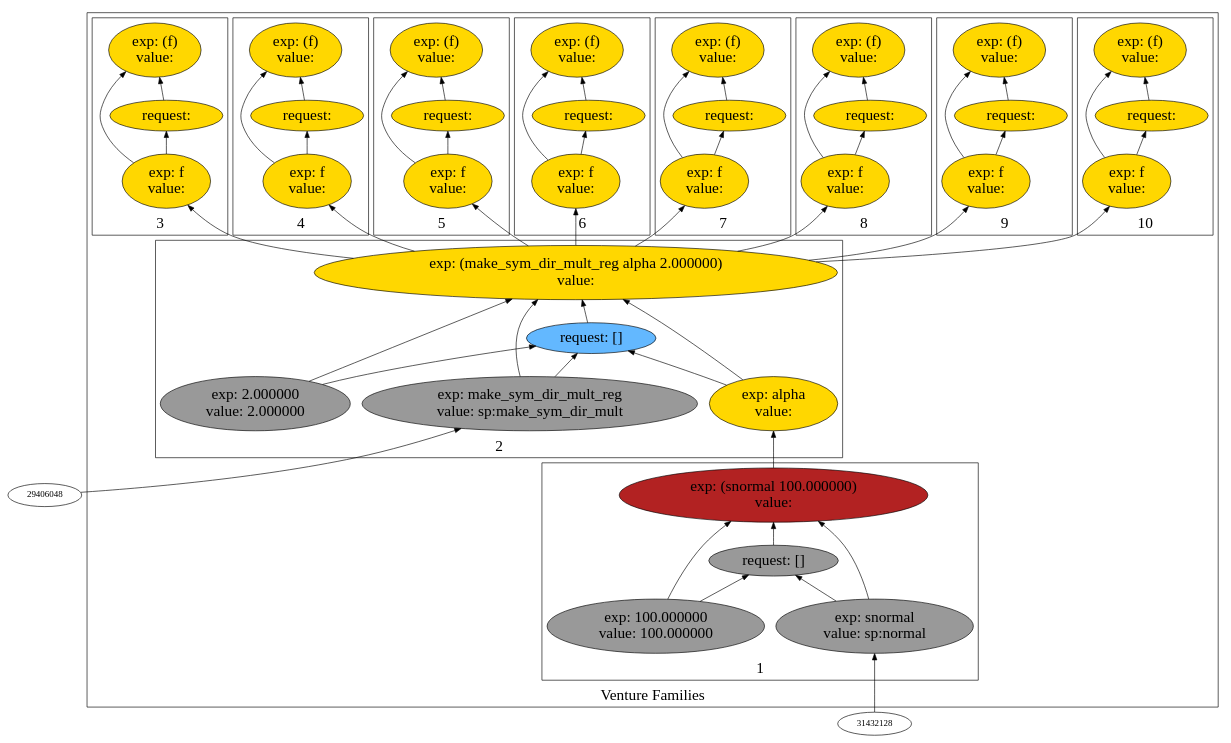
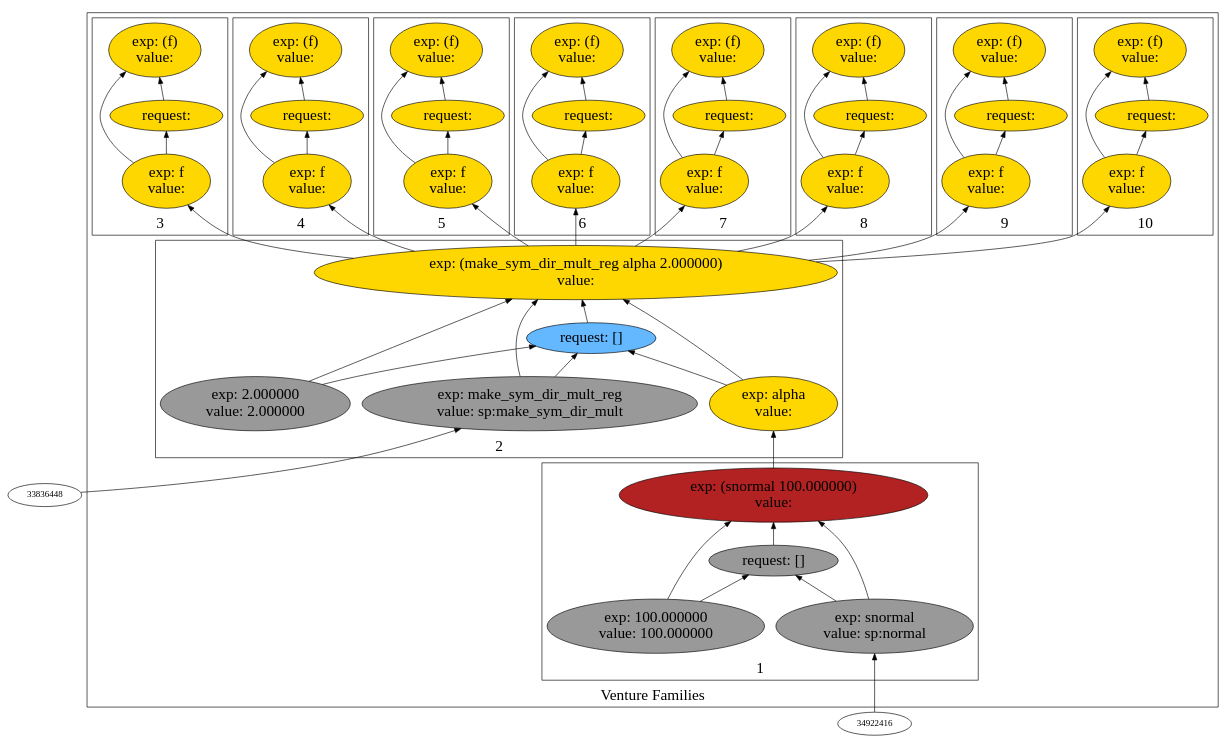
The diagram in backend/cxx/pdf_graphs/aaa_basic_no_aaa/dot7.dot (probcomp/Venturecxx), drawn with Graphviz before and after one commit. The commit also changed 318 other files, not shown here.

```diff
--- a/backend/cxx/pdf_graphs/aaa_basic_no_aaa/dot7.dot
+++ b/backend/cxx/pdf_graphs/aaa_basic_no_aaa/dot7.dot
@@ -5,125 +5,125 @@
 label="Venture Families"
 subgraph cluster2 {
 label="1"
-"26358576"["fillcolor"="firebrick" "fontsize"="24" "label"="exp: (snormal 100.000000)\nvalue: " "shape"="ellipse" "style"="filled" ]
-"26820352"["fillcolor"="grey60" "fontsize"="24" "label"="request: []" "shape"="ellipse" "style"="filled" ]
-"25906208"["fillcolor"="grey60" "fontsize"="24" "label"="exp: snormal\nvalue: sp:normal" "shape"="ellipse" "style"="filled" ]
-"26343136"["fillcolor"="grey60" "fontsize"="24" "label"="exp: 100.000000\nvalue: 100.000000" "shape"="ellipse" "style"="filled" ]
+"32454352"["fillcolor"="firebrick" "fontsize"="24" "label"="exp: (snormal 100.000000)\nvalue: " "shape"="ellipse" "style"="filled" ]
+"38268464"["fillcolor"="grey60" "fontsize"="24" "label"="request: []" "shape"="ellipse" "style"="filled" ]
+"32794384"["fillcolor"="grey60" "fontsize"="24" "label"="exp: snormal\nvalue: sp:normal" "shape"="ellipse" "style"="filled" ]
+"31227776"["fillcolor"="grey60" "fontsize"="24" "label"="exp: 100.000000\nvalue: 100.000000" "shape"="ellipse" "style"="filled" ]
 }
 
 subgraph cluster3 {
 label="2"
-"26832768"["fillcolor"="gold" "fontsize"="24" "label"="exp: (make_sym_dir_mult_reg alpha 2.000000)\nvalue: " "shape"="ellipse" "style"="filled" ]
-"28401456"["fillcolor"="steelblue1" "fontsize"="24" "label"="request: []" "shape"="ellipse" "style"="filled" ]
-"31366272"["fillcolor"="grey60" "fontsize"="24" "label"="exp: make_sym_dir_mult_reg\nvalue: sp:make_sym_dir_mult" "shape"="ellipse" "style"="filled" ]
-"31197024"["fillcolor"="gold" "fontsize"="24" "label"="exp: alpha\nvalue: " "shape"="ellipse" "style"="filled" ]
-"32104320"["fillcolor"="grey60" "fontsize"="24" "label"="exp: 2.000000\nvalue: 2.000000" "shape"="ellipse" "style"="filled" ]
+"32504208"["fillcolor"="gold" "fontsize"="24" "label"="exp: (make_sym_dir_mult_reg alpha 2.000000)\nvalue: " "shape"="ellipse" "style"="filled" ]
+"31215360"["fillcolor"="steelblue1" "fontsize"="24" "label"="request: []" "shape"="ellipse" "style"="filled" ]
+"32334688"["fillcolor"="grey60" "fontsize"="24" "label"="exp: make_sym_dir_mult_reg\nvalue: sp:make_sym_dir_mult" "shape"="ellipse" "style"="filled" ]
+"36008416"["fillcolor"="gold" "fontsize"="24" "label"="exp: alpha\nvalue: " "shape"="ellipse" "style"="filled" ]
+"37497584"["fillcolor"="grey60" "fontsize"="24" "label"="exp: 2.000000\nvalue: 2.000000" "shape"="ellipse" "style"="filled" ]
 }
 
 subgraph cluster4 {
 label="3"
-"33146560"["fillcolor"="gold" "fontsize"="24" "label"="exp: (f)\nvalue: " "shape"="ellipse" "style"="filled" ]
-"33121808"["fillcolor"="gold" "fontsize"="24" "label"="request: " "shape"="ellipse" "style"="filled" ]
-"26573984"["fillcolor"="gold" "fontsize"="24" "label"="exp: f\nvalue: " "shape"="ellipse" "style"="filled" ]
+"37516064"["fillcolor"="gold" "fontsize"="24" "label"="exp: (f)\nvalue: " "shape"="ellipse" "style"="filled" ]
+"35758960"["fillcolor"="gold" "fontsize"="24" "label"="request: " "shape"="ellipse" "style"="filled" ]
+"37540816"["fillcolor"="gold" "fontsize"="24" "label"="exp: f\nvalue: " "shape"="ellipse" "style"="filled" ]
 }
 
 subgraph cluster5 {
 label="4"
-"26546816"["fillcolor"="gold" "fontsize"="24" "label"="exp: (f)\nvalue: " "shape"="ellipse" "style"="filled" ]
-"26371472"["fillcolor"="gold" "fontsize"="24" "label"="request: " "shape"="ellipse" "style"="filled" ]
-"23848704"["fillcolor"="gold" "fontsize"="24" "label"="exp: f\nvalue: " "shape"="ellipse" "style"="filled" ]
+"30941824"["fillcolor"="gold" "fontsize"="24" "label"="exp: (f)\nvalue: " "shape"="ellipse" "style"="filled" ]
+"30738144"["fillcolor"="gold" "fontsize"="24" "label"="request: " "shape"="ellipse" "style"="filled" ]
+"30753584"["fillcolor"="gold" "fontsize"="24" "label"="exp: f\nvalue: " "shape"="ellipse" "style"="filled" ]
 }
 
 subgraph cluster6 {
 label="5"
-"32607728"["fillcolor"="gold" "fontsize"="24" "label"="exp: (f)\nvalue: " "shape"="ellipse" "style"="filled" ]
-"31430560"["fillcolor"="gold" "fontsize"="24" "label"="request: " "shape"="ellipse" "style"="filled" ]
-"33201408"["fillcolor"="gold" "fontsize"="24" "label"="exp: f\nvalue: " "shape"="ellipse" "style"="filled" ]
+"37920000"["fillcolor"="gold" "fontsize"="24" "label"="exp: (f)\nvalue: " "shape"="ellipse" "style"="filled" ]
+"30301216"["fillcolor"="gold" "fontsize"="24" "label"="request: " "shape"="ellipse" "style"="filled" ]
+"36497792"["fillcolor"="gold" "fontsize"="24" "label"="exp: f\nvalue: " "shape"="ellipse" "style"="filled" ]
 }
 
 subgraph cluster7 {
 label="6"
-"33286304"["fillcolor"="gold" "fontsize"="24" "label"="exp: (f)\nvalue: " "shape"="ellipse" "style"="filled" ]
-"33251344"["fillcolor"="gold" "fontsize"="24" "label"="request: " "shape"="ellipse" "style"="filled" ]
-"33388464"["fillcolor"="gold" "fontsize"="24" "label"="exp: f\nvalue: " "shape"="ellipse" "style"="filled" ]
+"37767040"["fillcolor"="gold" "fontsize"="24" "label"="exp: (f)\nvalue: " "shape"="ellipse" "style"="filled" ]
+"36332688"["fillcolor"="gold" "fontsize"="24" "label"="request: " "shape"="ellipse" "style"="filled" ]
+"36924752"["fillcolor"="gold" "fontsize"="24" "label"="exp: f\nvalue: " "shape"="ellipse" "style"="filled" ]
 }
 
 subgraph cluster8 {
 label="7"
-"31707056"["fillcolor"="gold" "fontsize"="24" "label"="exp: (f)\nvalue: " "shape"="ellipse" "style"="filled" ]
-"34057888"["fillcolor"="gold" "fontsize"="24" "label"="request: " "shape"="ellipse" "style"="filled" ]
-"31867168"["fillcolor"="gold" "fontsize"="24" "label"="exp: f\nvalue: " "shape"="ellipse" "style"="filled" ]
+"37113312"["fillcolor"="gold" "fontsize"="24" "label"="exp: (f)\nvalue: " "shape"="ellipse" "style"="filled" ]
+"37014240"["fillcolor"="gold" "fontsize"="24" "label"="request: " "shape"="ellipse" "style"="filled" ]
+"37373264"["fillcolor"="gold" "fontsize"="24" "label"="exp: f\nvalue: " "shape"="ellipse" "style"="filled" ]
 }
 
 subgraph cluster9 {
 label="8"
-"31714368"["fillcolor"="gold" "fontsize"="24" "label"="exp: (f)\nvalue: " "shape"="ellipse" "style"="filled" ]
-"32406512"["fillcolor"="gold" "fontsize"="24" "label"="request: " "shape"="ellipse" "style"="filled" ]
-"32831984"["fillcolor"="gold" "fontsize"="24" "label"="exp: f\nvalue: " "shape"="ellipse" "style"="filled" ]
+"38451280"["fillcolor"="gold" "fontsize"="24" "label"="exp: (f)\nvalue: " "shape"="ellipse" "style"="filled" ]
+"38352016"["fillcolor"="gold" "fontsize"="24" "label"="request: " "shape"="ellipse" "style"="filled" ]
+"38500912"["fillcolor"="gold" "fontsize"="24" "label"="exp: f\nvalue: " "shape"="ellipse" "style"="filled" ]
 }
 
 subgraph cluster10 {
 label="9"
-"31195328"["fillcolor"="gold" "fontsize"="24" "label"="exp: (f)\nvalue: " "shape"="ellipse" "style"="filled" ]
-"32830880"["fillcolor"="gold" "fontsize"="24" "label"="request: " "shape"="ellipse" "style"="filled" ]
-"30667776"["fillcolor"="gold" "fontsize"="24" "label"="exp: f\nvalue: " "shape"="ellipse" "style"="filled" ]
+"36842224"["fillcolor"="gold" "fontsize"="24" "label"="exp: (f)\nvalue: " "shape"="ellipse" "style"="filled" ]
+"36914640"["fillcolor"="gold" "fontsize"="24" "label"="request: " "shape"="ellipse" "style"="filled" ]
+"36841120"["fillcolor"="gold" "fontsize"="24" "label"="exp: f\nvalue: " "shape"="ellipse" "style"="filled" ]
 }
 
 subgraph cluster11 {
 label="10"
-"30811856"["fillcolor"="gold" "fontsize"="24" "label"="exp: (f)\nvalue: " "shape"="ellipse" "style"="filled" ]
-"33073952"["fillcolor"="gold" "fontsize"="24" "label"="request: " "shape"="ellipse" "style"="filled" ]
-"30751904"["fillcolor"="gold" "fontsize"="24" "label"="exp: f\nvalue: " "shape"="ellipse" "style"="filled" ]
+"35588016"["fillcolor"="gold" "fontsize"="24" "label"="exp: (f)\nvalue: " "shape"="ellipse" "style"="filled" ]
+"36357600"["fillcolor"="gold" "fontsize"="24" "label"="request: " "shape"="ellipse" "style"="filled" ]
+"35903296"["fillcolor"="gold" "fontsize"="24" "label"="exp: f\nvalue: " "shape"="ellipse" "style"="filled" ]
 }
 
 }
 
-"25906208" -> "26358576"["arrowhead"="normal" "color"="black" "constraint"="true" "style"="solid" ]
-"25906208" -> "26820352"["arrowhead"="normal" "color"="black" "constraint"="true" "style"="solid" ]
-"31432128" -> "25906208"["arrowhead"="normal" "color"="black" "constraint"="true" "style"="solid" ]
-"26343136" -> "26358576"["arrowhead"="normal" "color"="black" "constraint"="true" "style"="solid" ]
-"26343136" -> "26820352"["arrowhead"="normal" "color"="black" "constraint"="true" "style"="solid" ]
-"26820352" -> "26358576"["arrowhead"="normal" "color"="black" "constraint"="true" "style"="solid" ]
-"23848704" -> "26546816"["arrowhead"="normal" "color"="black" "constraint"="true" "style"="solid" ]
-"23848704" -> "26371472"["arrowhead"="normal" "color"="black" "constraint"="true" "style"="solid" ]
-"26832768" -> "23848704"["arrowhead"="normal" "color"="black" "constraint"="true" "style"="solid" ]
-"26371472" -> "26546816"["arrowhead"="normal" "color"="black" "constraint"="true" "style"="solid" ]
-"31366272" -> "26832768"["arrowhead"="normal" "color"="black" "constraint"="true" "style"="solid" ]
-"31366272" -> "28401456"["arrowhead"="normal" "color"="black" "constraint"="true" "style"="solid" ]
-"29406048" -> "31366272"["arrowhead"="normal" "color"="black" "constraint"="true" "style"="solid" ]
-"31197024" -> "26832768"["arrowhead"="normal" "color"="black" "constraint"="true" "style"="solid" ]
-"31197024" -> "28401456"["arrowhead"="normal" "color"="black" "constraint"="true" "style"="solid" ]
-"26358576" -> "31197024"["arrowhead"="normal" "color"="black" "constraint"="true" "style"="solid" ]
-"32104320" -> "26832768"["arrowhead"="normal" "color"="black" "constraint"="true" "style"="solid" ]
-"32104320" -> "28401456"["arrowhead"="normal" "color"="black" "constraint"="true" "style"="solid" ]
-"28401456" -> "26832768"["arrowhead"="normal" "color"="black" "constraint"="true" "style"="solid" ]
-"30751904" -> "30811856"["arrowhead"="normal" "color"="black" "constraint"="true" "style"="solid" ]
-"30751904" -> "33073952"["arrowhead"="normal" "color"="black" "constraint"="true" "style"="solid" ]
-"26832768" -> "30751904"["arrowhead"="normal" "color"="black" "constraint"="true" "style"="solid" ]
-"33073952" -> "30811856"["arrowhead"="normal" "color"="black" "constraint"="true" "style"="solid" ]
-"30667776" -> "31195328"["arrowhead"="normal" "color"="black" "constraint"="true" "style"="solid" ]
-"30667776" -> "32830880"["arrowhead"="normal" "color"="black" "constraint"="true" "style"="solid" ]
-"26832768" -> "30667776"["arrowhead"="normal" "color"="black" "constraint"="true" "style"="solid" ]
-"32830880" -> "31195328"["arrowhead"="normal" "color"="black" "constraint"="true" "style"="solid" ]
-"31867168" -> "31707056"["arrowhead"="normal" "color"="black" "constraint"="true" "style"="solid" ]
-"31867168" -> "34057888"["arrowhead"="normal" "color"="black" "constraint"="true" "style"="solid" ]
-"26832768" -> "31867168"["arrowhead"="normal" "color"="black" "constraint"="true" "style"="solid" ]
-"34057888" -> "31707056"["arrowhead"="normal" "color"="black" "constraint"="true" "style"="solid" ]
-"32831984" -> "31714368"["arrowhead"="normal" "color"="black" "constraint"="true" "style"="solid" ]
-"32831984" -> "32406512"["arrowhead"="normal" "color"="black" "constraint"="true" "style"="solid" ]
-"26832768" -> "32831984"["arrowhead"="normal" "color"="black" "constraint"="true" "style"="solid" ]
-"32406512" -> "31714368"["arrowhead"="normal" "color"="black" "constraint"="true" "style"="solid" ]
-"33201408" -> "32607728"["arrowhead"="normal" "color"="black" "constraint"="true" "style"="solid" ]
-"33201408" -> "31430560"["arrowhead"="normal" "color"="black" "constraint"="true" "style"="solid" ]
-"26832768" -> "33201408"["arrowhead"="normal" "color"="black" "constraint"="true" "style"="solid" ]
-"31430560" -> "32607728"["arrowhead"="normal" "color"="black" "constraint"="true" "style"="solid" ]
-"26573984" -> "33146560"["arrowhead"="normal" "color"="black" "constraint"="true" "style"="solid" ]
-"26573984" -> "33121808"["arrowhead"="normal" "color"="black" "constraint"="true" "style"="solid" ]
-"26832768" -> "26573984"["arrowhead"="normal" "color"="black" "constraint"="true" "style"="solid" ]
-"33121808" -> "33146560"["arrowhead"="normal" "color"="black" "constraint"="true" "style"="solid" ]
-"33388464" -> "33286304"["arrowhead"="normal" "color"="black" "constraint"="true" "style"="solid" ]
-"33388464" -> "33251344"["arrowhead"="normal" "color"="black" "constraint"="true" "style"="solid" ]
-"26832768" -> "33388464"["arrowhead"="normal" "color"="black" "constraint"="true" "style"="solid" ]
-"33251344" -> "33286304"["arrowhead"="normal" "color"="black" "constraint"="true" "style"="solid" ]
+"30753584" -> "30941824"["arrowhead"="normal" "color"="black" "constraint"="true" "style"="solid" ]
+"30753584" -> "30738144"["arrowhead"="normal" "color"="black" "constraint"="true" "style"="solid" ]
+"32504208" -> "30753584"["arrowhead"="normal" "color"="black" "constraint"="true" "style"="solid" ]
+"30738144" -> "30941824"["arrowhead"="normal" "color"="black" "constraint"="true" "style"="solid" ]
+"32794384" -> "32454352"["arrowhead"="normal" "color"="black" "constraint"="true" "style"="solid" ]
+"32794384" -> "38268464"["arrowhead"="normal" "color"="black" "constraint"="true" "style"="solid" ]
+"34922416" -> "32794384"["arrowhead"="normal" "color"="black" "constraint"="true" "style"="solid" ]
+"31227776" -> "32454352"["arrowhead"="normal" "color"="black" "constraint"="true" "style"="solid" ]
+"31227776" -> "38268464"["arrowhead"="normal" "color"="black" "constraint"="true" "style"="solid" ]
+"38268464" -> "32454352"["arrowhead"="normal" "color"="black" "constraint"="true" "style"="solid" ]
+"32334688" -> "32504208"["arrowhead"="normal" "color"="black" "constraint"="true" "style"="solid" ]
+"32334688" -> "31215360"["arrowhead"="normal" "color"="black" "constraint"="true" "style"="solid" ]
+"33836448" -> "32334688"["arrowhead"="normal" "color"="black" "constraint"="true" "style"="solid" ]
+"36008416" -> "32504208"["arrowhead"="normal" "color"="black" "constraint"="true" "style"="solid" ]
+"36008416" -> "31215360"["arrowhead"="normal" "color"="black" "constraint"="true" "style"="solid" ]
+"32454352" -> "36008416"["arrowhead"="normal" "color"="black" "constraint"="true" "style"="solid" ]
+"37497584" -> "32504208"["arrowhead"="normal" "color"="black" "constraint"="true" "style"="solid" ]
+"37497584" -> "31215360"["arrowhead"="normal" "color"="black" "constraint"="true" "style"="solid" ]
+"31215360" -> "32504208"["arrowhead"="normal" "color"="black" "constraint"="true" "style"="solid" ]
+"35903296" -> "35588016"["arrowhead"="normal" "color"="black" "constraint"="true" "style"="solid" ]
+"35903296" -> "36357600"["arrowhead"="normal" "color"="black" "constraint"="true" "style"="solid" ]
+"32504208" -> "35903296"["arrowhead"="normal" "color"="black" "constraint"="true" "style"="solid" ]
+"36357600" -> "35588016"["arrowhead"="normal" "color"="black" "constraint"="true" "style"="solid" ]
+"36841120" -> "36842224"["arrowhead"="normal" "color"="black" "constraint"="true" "style"="solid" ]
+"36841120" -> "36914640"["arrowhead"="normal" "color"="black" "constraint"="true" "style"="solid" ]
+"32504208" -> "36841120"["arrowhead"="normal" "color"="black" "constraint"="true" "style"="solid" ]
+"36914640" -> "36842224"["arrowhead"="normal" "color"="black" "constraint"="true" "style"="solid" ]
+"37373264" -> "37113312"["arrowhead"="normal" "color"="black" "constraint"="true" "style"="solid" ]
+"37373264" -> "37014240"["arrowhead"="normal" "color"="black" "constraint"="true" "style"="solid" ]
+"32504208" -> "37373264"["arrowhead"="normal" "color"="black" "constraint"="true" "style"="solid" ]
+"37014240" -> "37113312"["arrowhead"="normal" "color"="black" "constraint"="true" "style"="solid" ]
+"37540816" -> "37516064"["arrowhead"="normal" "color"="black" "constraint"="true" "style"="solid" ]
+"37540816" -> "35758960"["arrowhead"="normal" "color"="black" "constraint"="true" "style"="solid" ]
+"32504208" -> "37540816"["arrowhead"="normal" "color"="black" "constraint"="true" "style"="solid" ]
+"35758960" -> "37516064"["arrowhead"="normal" "color"="black" "constraint"="true" "style"="solid" ]
+"36924752" -> "37767040"["arrowhead"="normal" "color"="black" "constraint"="true" "style"="solid" ]
+"36924752" -> "36332688"["arrowhead"="normal" "color"="black" "constraint"="true" "style"="solid" ]
+"32504208" -> "36924752"["arrowhead"="normal" "color"="black" "constraint"="true" "style"="solid" ]
+"36332688" -> "37767040"["arrowhead"="normal" "color"="black" "constraint"="true" "style"="solid" ]
+"36497792" -> "37920000"["arrowhead"="normal" "color"="black" "constraint"="true" "style"="solid" ]
+"36497792" -> "30301216"["arrowhead"="normal" "color"="black" "constraint"="true" "style"="solid" ]
+"32504208" -> "36497792"["arrowhead"="normal" "color"="black" "constraint"="true" "style"="solid" ]
+"30301216" -> "37920000"["arrowhead"="normal" "color"="black" "constraint"="true" "style"="solid" ]
+"38500912" -> "38451280"["arrowhead"="normal" "color"="black" "constraint"="true" "style"="solid" ]
+"38500912" -> "38352016"["arrowhead"="normal" "color"="black" "constraint"="true" "style"="solid" ]
+"32504208" -> "38500912"["arrowhead"="normal" "color"="black" "constraint"="true" "style"="solid" ]
+"38352016" -> "38451280"["arrowhead"="normal" "color"="black" "constraint"="true" "style"="solid" ]
 
 }
```
